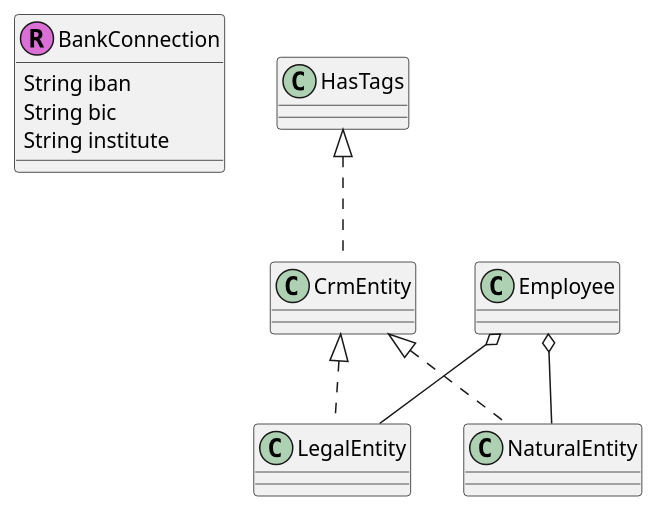
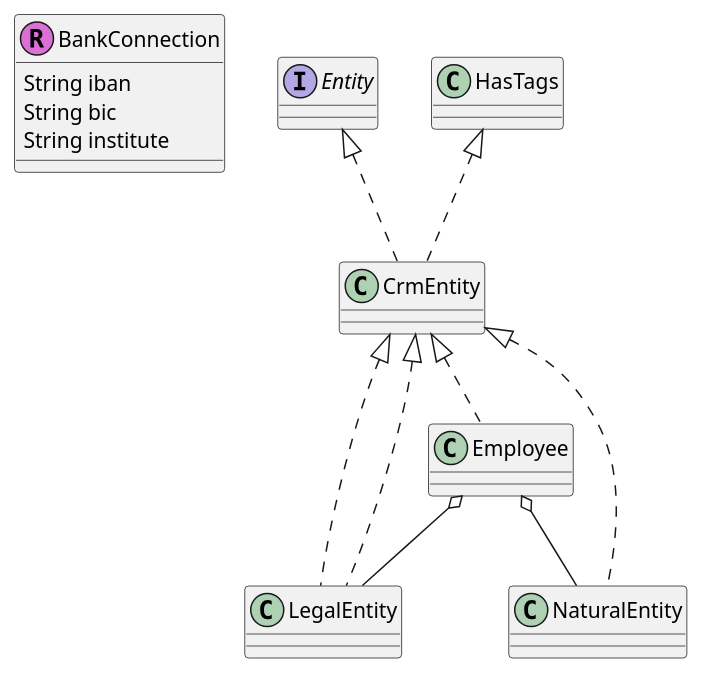
Before and after one commit to tangly-team/tangly-os: the third of 6 diagrams in net.tangly.bus/src/site/businessModels.adoc, drawn with PlantUML. The commit also changed other lines of this file and 16 other files, not shown here.

```diff
--- a/net.tangly.bus/src/site/businessModels.adoc
+++ b/net.tangly.bus/src/site/businessModels.adoc
@@ -136,30 +138,31 @@
 [plantuml,bus-crm-uml,svg]
 ....
 @startuml
 
 class BankConnection << (R,orchid) >> {
     String iban
     String bic
     String institute
 }
 
-class CrmEntity {}
+interface Entity {}
+
+class CrmEntity implements Entity {}
 
 HasTags <|.. CrmEntity
 
-class LegalEntity {}
+class LegalEntity implements CrmEntity {}
 
 CrmEntity <|.. LegalEntity
 
 class NaturalEntity {}
 
 CrmEntity <|.. NaturalEntity
 
-class Employee {}
+class Employee implements CrmEntity {}
 
 Employee o-- NaturalEntity
 Employee o-- LegalEntity
 
-
 @enduml
 ....
```
